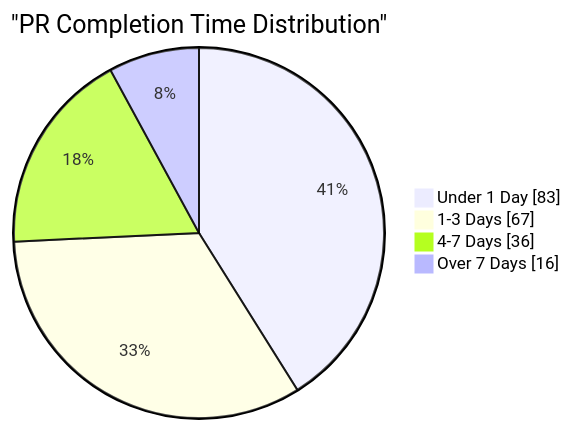
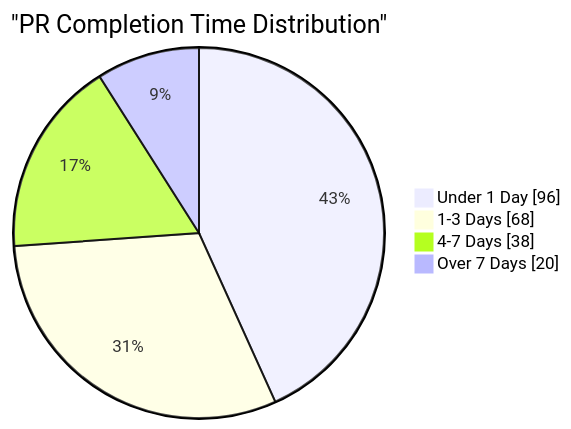
Before and after one commit to microsoft/edge-ai: the fourth of 9 diagrams in docs/contributions.md, drawn with Mermaid. The commit also changed other lines of this file and 9 other files, not shown here.

First line of the commit message:
feat(reporting): add scenario to capability to feature mapping graphic - Merged PR 292

````diff
--- a/docs/contributions.md
+++ b/docs/contributions.md
@@ -67,9 +67,9 @@
 ``` mermaid
 
 pie showData
     title "PR Completion Time Distribution"
-    "Under 1 Day" : 83
-    "1-3 Days" : 67
-    "4-7 Days" : 36
-    "Over 7 Days" : 16
+    "Under 1 Day" : 96
+    "1-3 Days" : 68
+    "4-7 Days" : 38
+    "Over 7 Days" : 20
 ```
````
